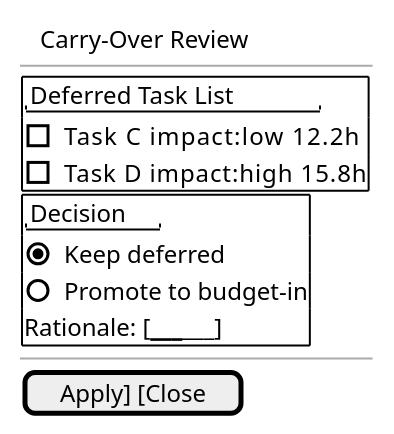
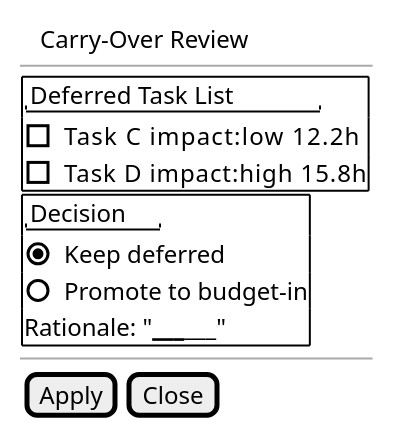
The diagram in docs/ui/screen_carryover_dialog.puml (fangface-hub/carry_sprint_docs), drawn with PlantUML before and after one commit. The commit also changed 11 other files, not shown here.

```diff
--- a/docs/ui/screen_carryover_dialog.puml
+++ b/docs/ui/screen_carryover_dialog.puml
@@ -1,24 +1,26 @@
 @startuml CarrySprintCarryoverDialog
 salt
 {
 {T
 + Carry-Over Review
 }
 --
 {|
 {+
 "Deferred Task List"
 [] Task C   impact:low   12.2h
 [] Task D   impact:high  15.8h
 }
 {+
 "Decision"
 (X) Keep deferred
 () Promote to budget-in
-Rationale: [__________________]
+Rationale: "__________________"
 }
 |}
 --
-[Apply] [Close]
+{
+[Apply] | [Close]
+}
 }
 @enduml
```
